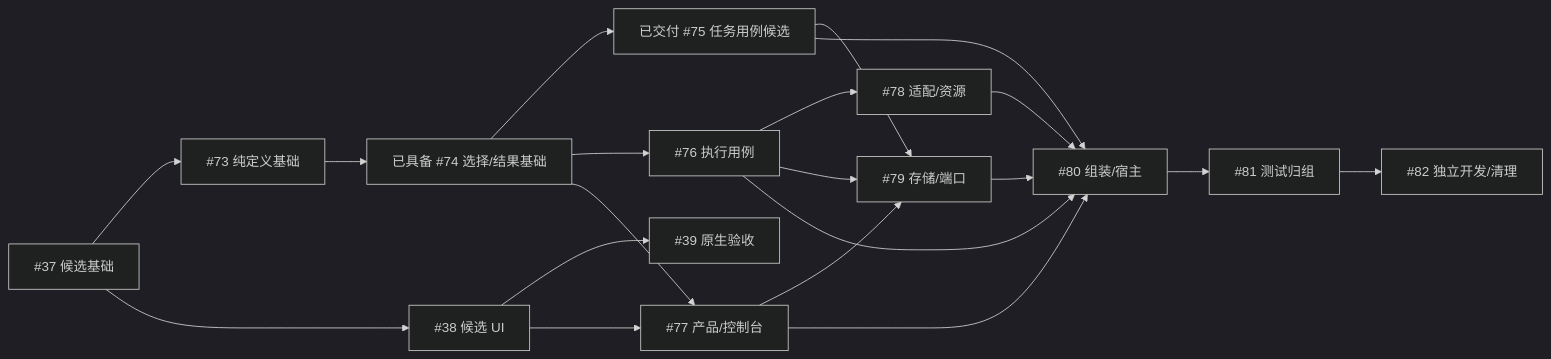
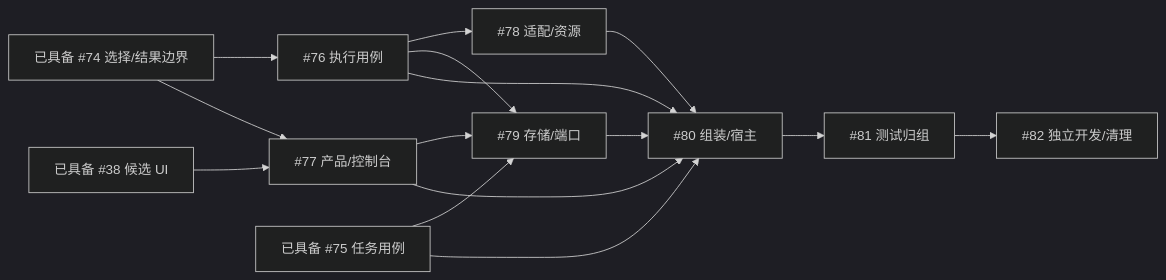
The second of 2 diagrams in docs/roadmap/execution-map.md (erranliu/SteerLine), drawn with Mermaid (dark theme) before and after one commit. The commit also changed other lines of this file and 6 other files, not shown here.

Commit message:
docs: consolidate delivered foundations and remaining roadmap

````diff
--- a/docs/roadmap/execution-map.md
+++ b/docs/roadmap/execution-map.md
@@ -73,22 +74,17 @@
 ```mermaid
 flowchart LR
-    C37["#37 候选基础"] --> M01["#73 纯定义基础"]
-    C37 --> U38["#38 候选 UI"]
-    U38 --> A39["#39 原生验收"]
-    M01 --> M02["已具备 #74 选择/结果基础"]
-    M02 --> M03["已交付 #75 任务用例候选"]
-    M02 --> M04["#76 执行用例"]
-    M02 --> M05["#77 产品/控制台"]
-    U38 --> M05
+    B74["已具备 #74 选择/结果边界"] --> M04["#76 执行用例"]
+    B74 --> M05["#77 产品/控制台"]
+    U38["已具备 #38 候选 UI"] --> M05
+    T75["已具备 #75 任务用例"] --> M07["#79 存储/端口"]
+    T75 --> M08["#80 组装/宿主"]
     M04 --> M06["#78 适配/资源"]
-    M03 --> M07["#79 存储/端口"]
     M04 --> M07
     M05 --> M07
-    M03 --> M08["#80 组装/宿主"]
     M04 --> M08
     M05 --> M08
     M06 --> M08
     M07 --> M08
     M08 --> M09["#81 测试归组"]
     M09 --> M10["#82 独立开发/清理"]
 ```
````
